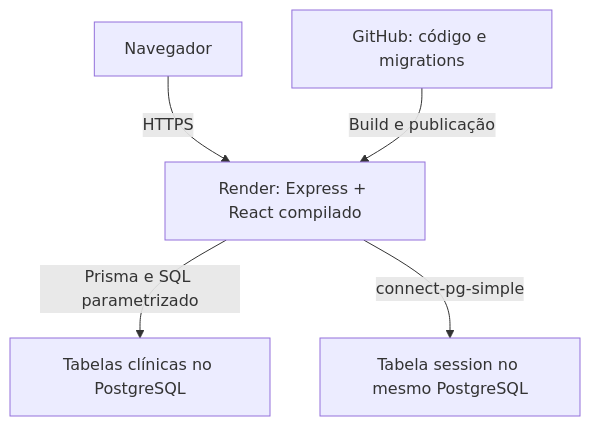
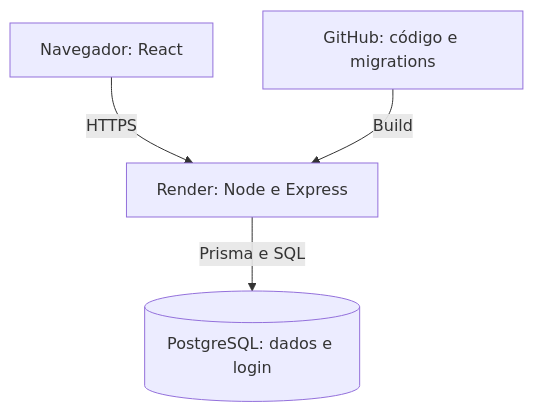
The diagram in docs/architecture.md (amarasantoyani/jano-aba), drawn with Mermaid before and after one commit. The commit also changed other lines of this file and 21 other files, not shown here.

````diff
--- a/docs/architecture.md
+++ b/docs/architecture.md
@@ -8,7 +9,6 @@
 ```mermaid
 flowchart TD
-    Browser["Navegador"] -->|HTTPS| App["Render: Express + React compilado"]
-    App -->|Prisma e SQL parametrizado| Clinical["Tabelas clínicas no PostgreSQL"]
-    App -->|connect-pg-simple| Login["Tabela session no mesmo PostgreSQL"]
-    Git["GitHub: código e migrations"] -->|Build e publicação| App
+    Browser["Navegador: React"] -->|HTTPS| App["Render: Node e Express"]
+    App -->|Prisma e SQL| DB[("PostgreSQL: dados e login")]
+    Git["GitHub: código e migrations"] -->|Build| App
 ```
````
